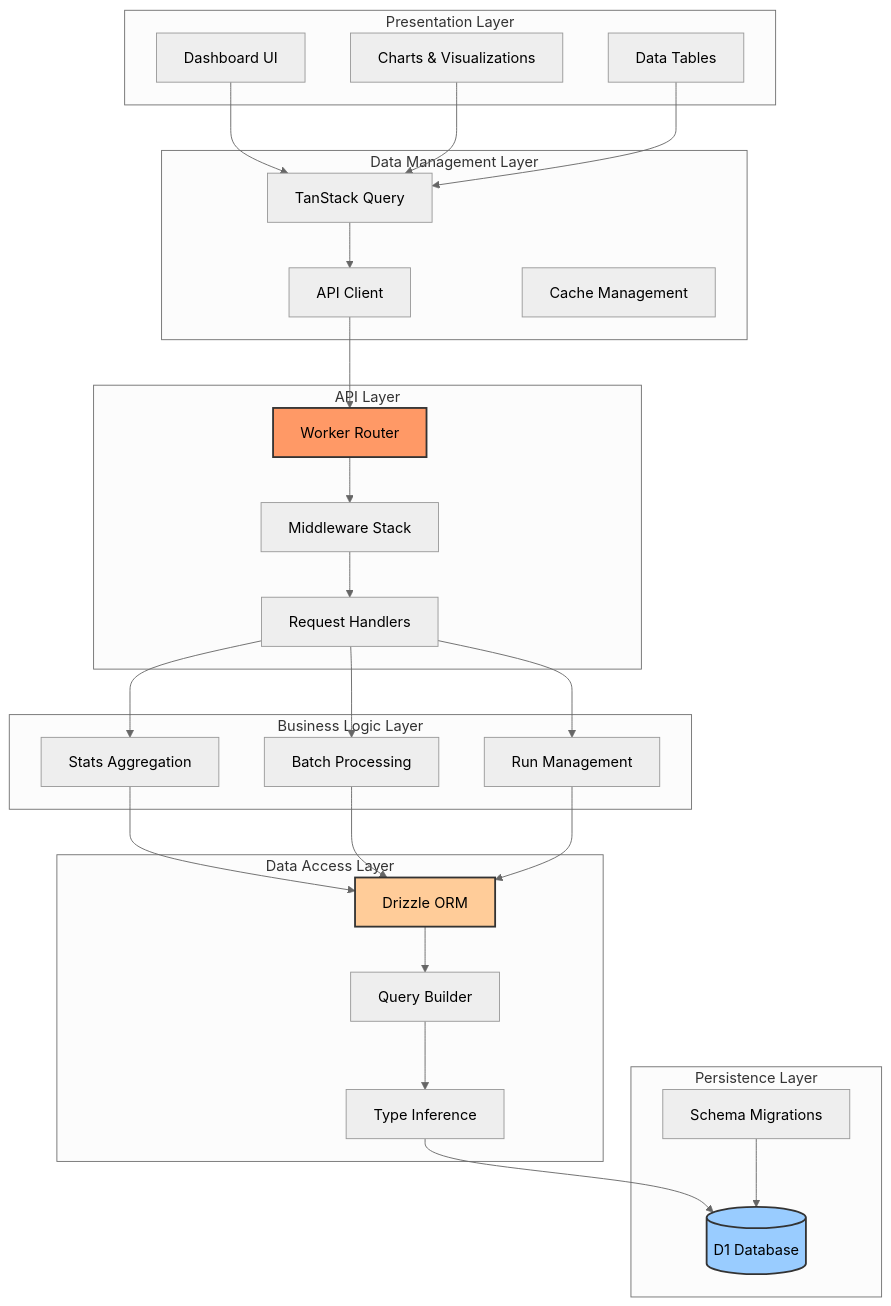
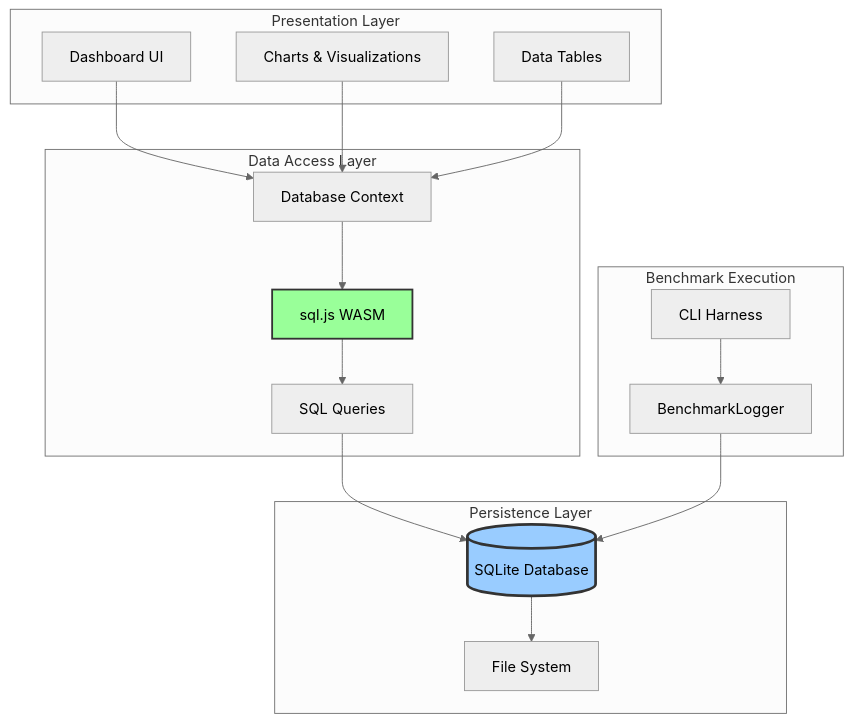
The third of 19 diagrams in ARCHITECTURE.md (ZephyrCloudIO/ze-benchmarks), drawn with Mermaid (neutral theme) before and after one commit. The commit also changed other lines of this file and 10 other files, not shown here.

````diff
--- a/ARCHITECTURE.md
+++ b/ARCHITECTURE.md
@@ -141,59 +132,38 @@
 ```mermaid
 graph TB
     subgraph "Presentation Layer"
         A1[Dashboard UI]
         A2[Charts & Visualizations]
         A3[Data Tables]
     end
 
-    subgraph "Data Management Layer"
-        B1[TanStack Query]
-        B2[API Client]
-        B3[Cache Management]
-    end
-
-    subgraph "API Layer"
-        C1[Worker Router]
-        C2[Middleware Stack]
-        C3[Request Handlers]
-    end
-
-    subgraph "Business Logic Layer"
-        D1[Stats Aggregation]
-        D2[Batch Processing]
-        D3[Run Management]
-    end
-
     subgraph "Data Access Layer"
-        E1[Drizzle ORM]
-        E2[Query Builder]
-        E3[Type Inference]
+        B1[Database Context]
+        B2[sql.js WASM]
+        B3[SQL Queries]
     end
 
     subgraph "Persistence Layer"
-        F1[(D1 Database)]
-        F2[Schema Migrations]
+        C1[(SQLite Database)]
+        C2[File System]
+    end
+
+    subgraph "Benchmark Execution"
+        D1[CLI Harness]
+        D2[BenchmarkLogger]
     end
 
     A1 --> B1
     A2 --> B1
     A3 --> B1
     B1 --> B2
-    B2 --> C1
+    B2 --> B3
+    B3 --> C1
     C1 --> C2
-    C2 --> C3
-    C3 --> D1
-    C3 --> D2
-    C3 --> D3
-    D1 --> E1
-    D2 --> E1
-    D3 --> E1
-    E1 --> E2
-    E2 --> E3
-    E3 --> F1
-    F2 --> F1
+    
+    D1 --> D2
+    D2 --> C1
 
-    style C1 fill:#f96,stroke:#333,stroke-width:2px
-    style E1 fill:#fc9,stroke:#333,stroke-width:2px
-    style F1 fill:#9cf,stroke:#333,stroke-width:2px
+    style B2 fill:#9f9,stroke:#333,stroke-width:2px
+    style C1 fill:#9cf,stroke:#333,stroke-width:3px
 ```
````
